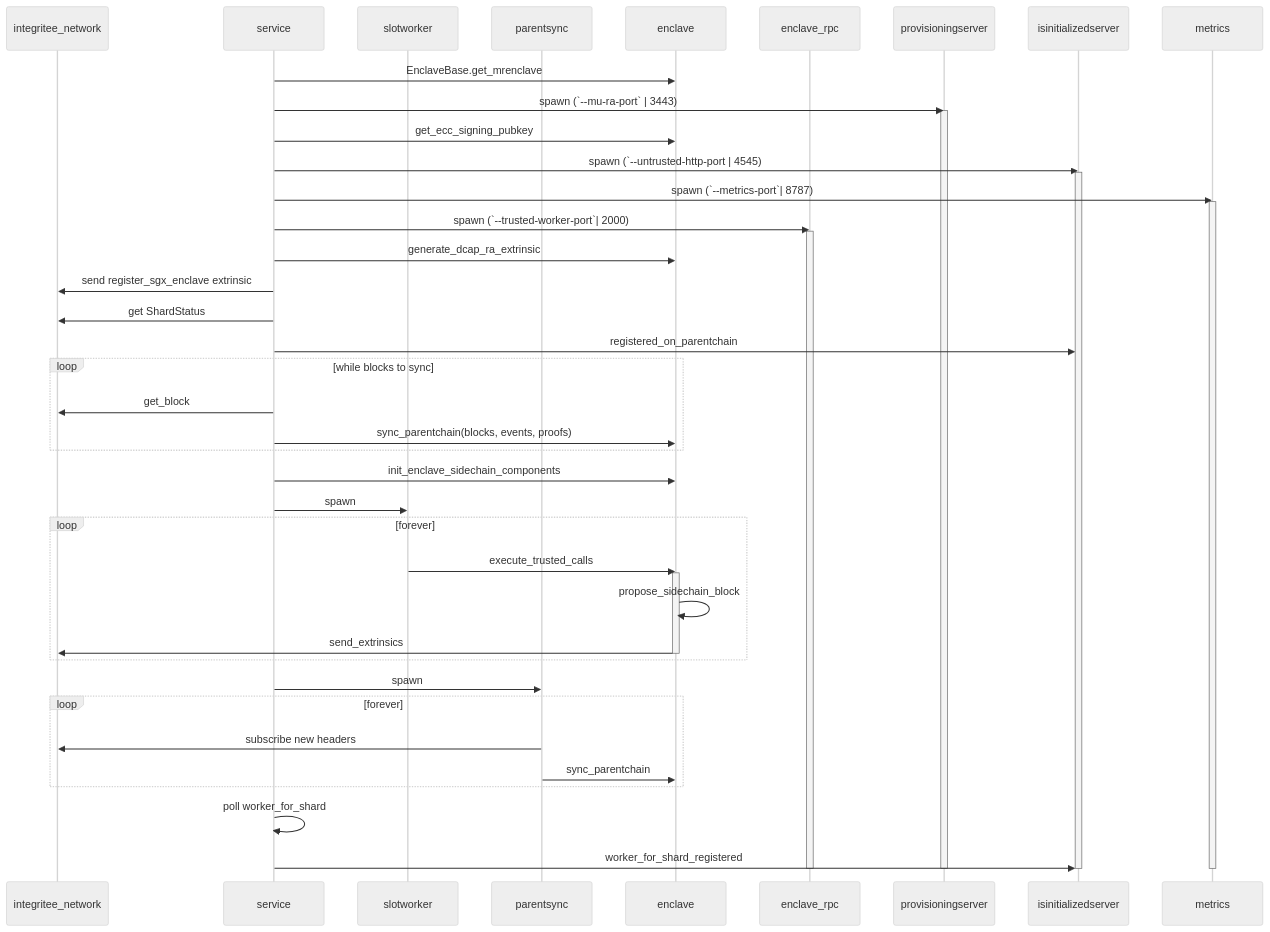
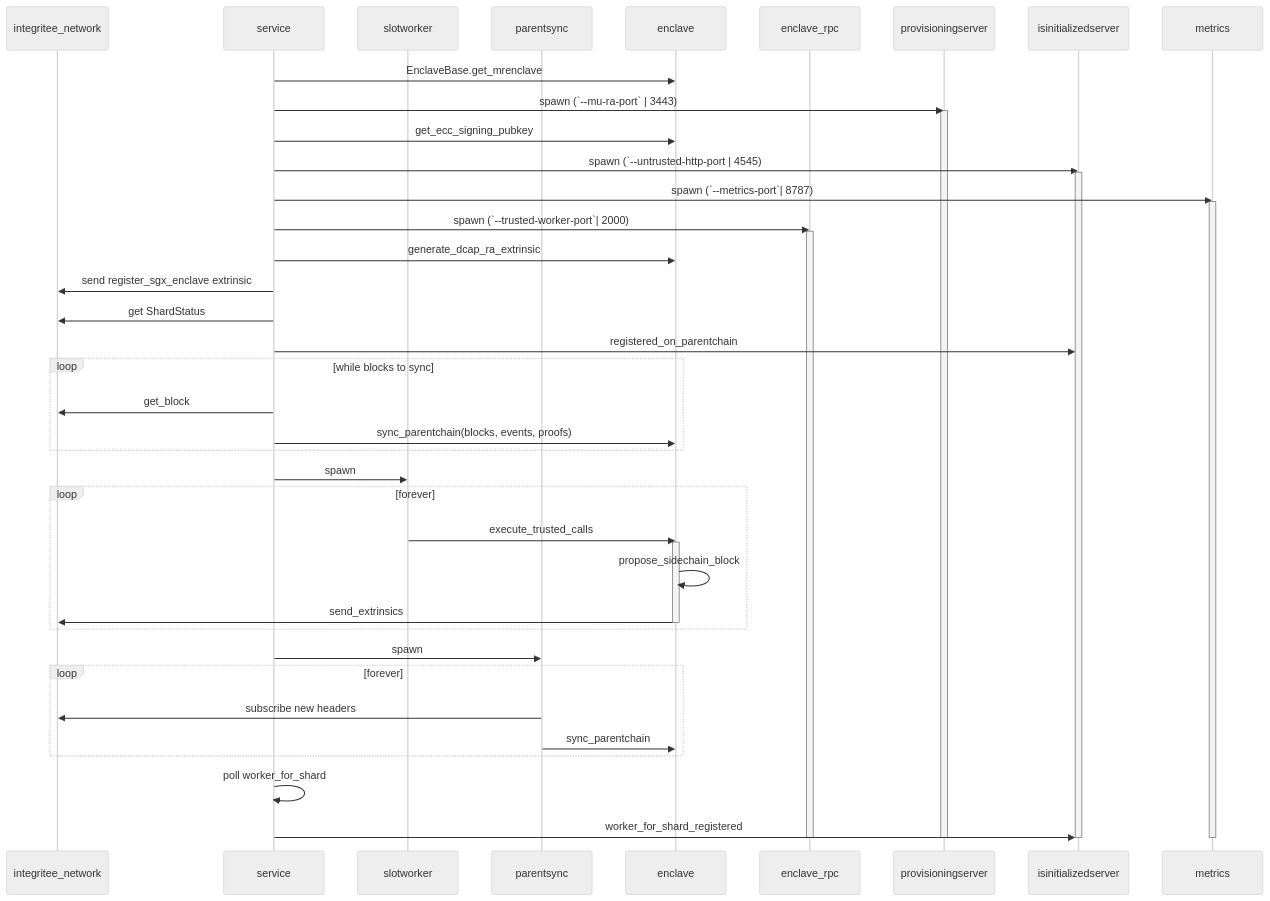
One commit to litentry/litentry-parachain changed the first of 2 diagrams in bitacross-worker/DESIGN.md. Above: the diagram before and after it, drawn with Mermaid (neutral theme). The commit also changed other lines of this file and 9 other files, not shown here.

````diff
--- a/bitacross-worker/DESIGN.md
+++ b/bitacross-worker/DESIGN.md
@@ -2,53 +3,52 @@
 ```mermaid
 sequenceDiagram
     participant integritee_network
     participant service
     participant slotworker
     participant parentsync
     participant enclave
     participant enclave_rpc
     participant provisioningserver
     participant isinitializedserver
     participant metrics
     service ->> enclave: EnclaveBase.get_mrenclave
     service ->> provisioningserver: spawn (`--mu-ra-port` | 3443)
     activate provisioningserver
     service ->> enclave: get_ecc_signing_pubkey
-    service ->> isinitializedserver: spawn (`--untrusted-http-port | 4545)    
+    service ->> isinitializedserver: spawn (`--untrusted-http-port | 4545)
     activate isinitializedserver
     service ->> metrics: spawn (`--metrics-port`| 8787)
     activate metrics
     service ->> enclave_rpc: spawn (`--trusted-worker-port`| 2000)
     activate enclave_rpc
-    
+
     service ->> enclave: generate_dcap_ra_extrinsic
     service ->> integritee_network: send register_sgx_enclave extrinsic
     service ->> integritee_network: get ShardStatus
     service ->> isinitializedserver: registered_on_parentchain
 # schedule teeracle re-registration and updates
     loop while blocks to sync
         service ->> integritee_network: get_block
         service ->> enclave: sync_parentchain(blocks, events, proofs)
     end
-    service ->> enclave: init_enclave_sidechain_components
     service ->> slotworker: spawn
     loop forever
         slotworker ->> enclave: execute_trusted_calls
         activate enclave
         enclave ->> enclave: propose_sidechain_block
         enclave ->> integritee_network: send_extrinsics
         deactivate enclave
     end
     service ->> parentsync: spawn
     loop forever
         parentsync ->> integritee_network: subscribe new headers
         parentsync ->> enclave: sync_parentchain
     end
     service ->> service: poll worker_for_shard
     service ->> isinitializedserver: worker_for_shard_registered
-    
+
     deactivate enclave_rpc
     deactivate metrics
     deactivate isinitializedserver
     deactivate provisioningserver
 ```
````
